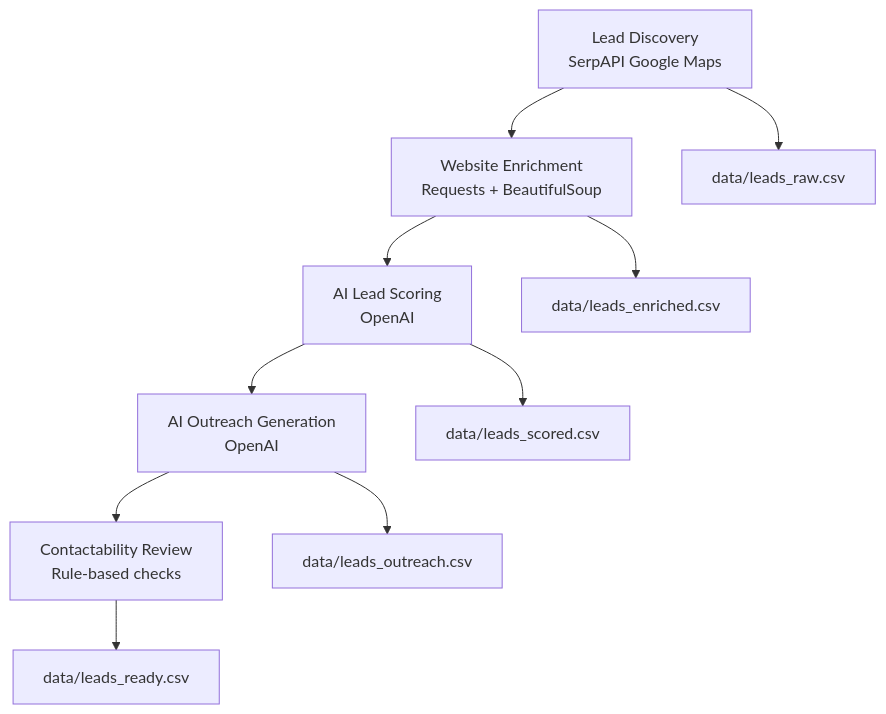
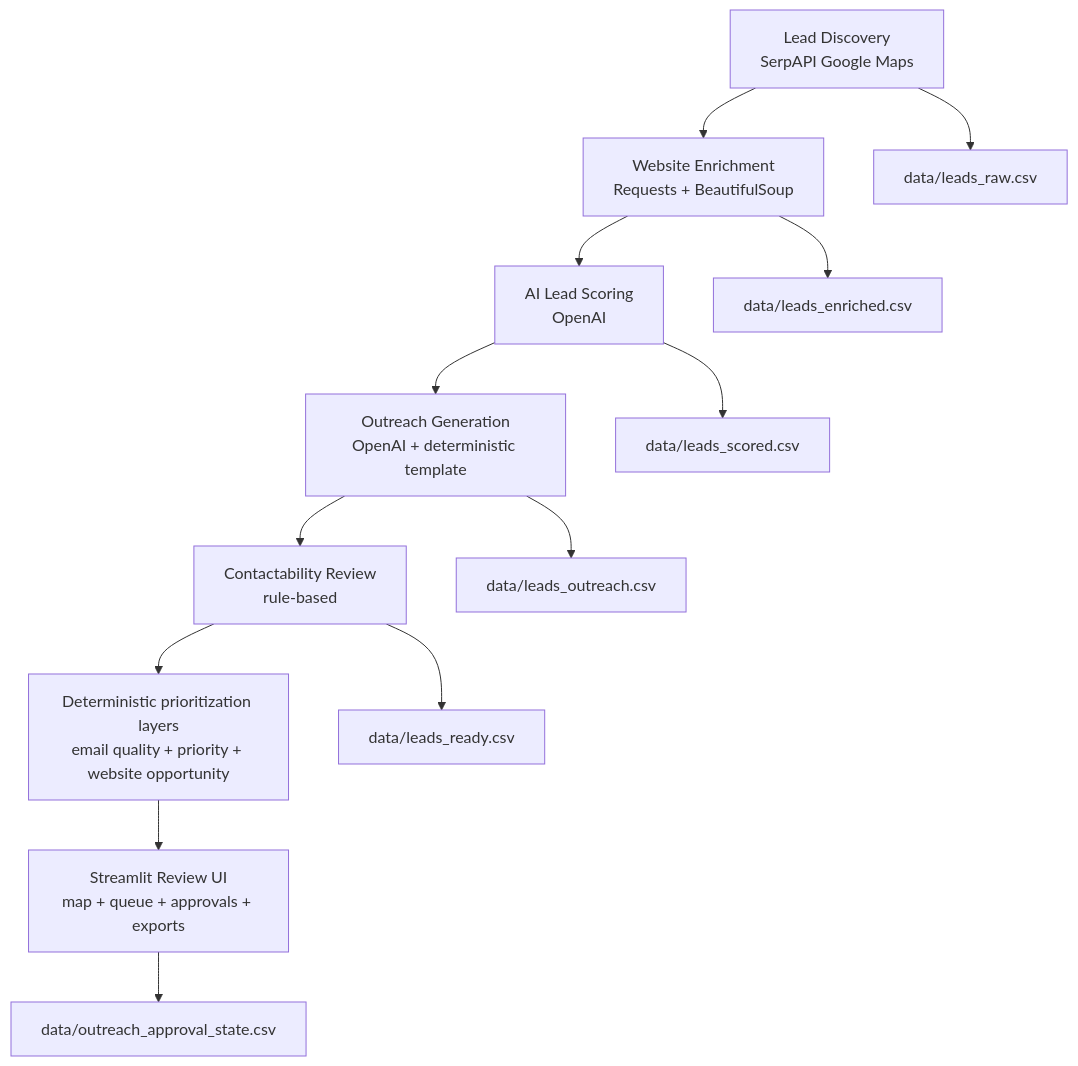
The diagram in README.md (paureis/ai-lead-generation-agents), drawn with Mermaid before and after one commit. The commit also changed other lines of this file, not shown here.

````diff
--- a/README.md
+++ b/README.md
@@ -38,13 +40,16 @@
 ```mermaid
 flowchart TD
     A[Lead Discovery<br/>SerpAPI Google Maps] --> B[Website Enrichment<br/>Requests + BeautifulSoup]
     B --> C[AI Lead Scoring<br/>OpenAI]
-    C --> D[AI Outreach Generation<br/>OpenAI]
-    D --> E[Contactability Review<br/>Rule-based checks]
+    C --> D[Outreach Generation<br/>OpenAI + deterministic template]
+    D --> E[Contactability Review<br/>rule-based]
+    E --> F[Deterministic prioritization layers<br/>email quality + priority + website opportunity]
+    F --> G[Streamlit Review UI<br/>map + queue + approvals + exports]
 
     A --> A1[data/leads_raw.csv]
     B --> B1[data/leads_enriched.csv]
     C --> C1[data/leads_scored.csv]
     D --> D1[data/leads_outreach.csv]
     E --> E1[data/leads_ready.csv]
+    G --> G1[data/outreach_approval_state.csv]
 ```
````
